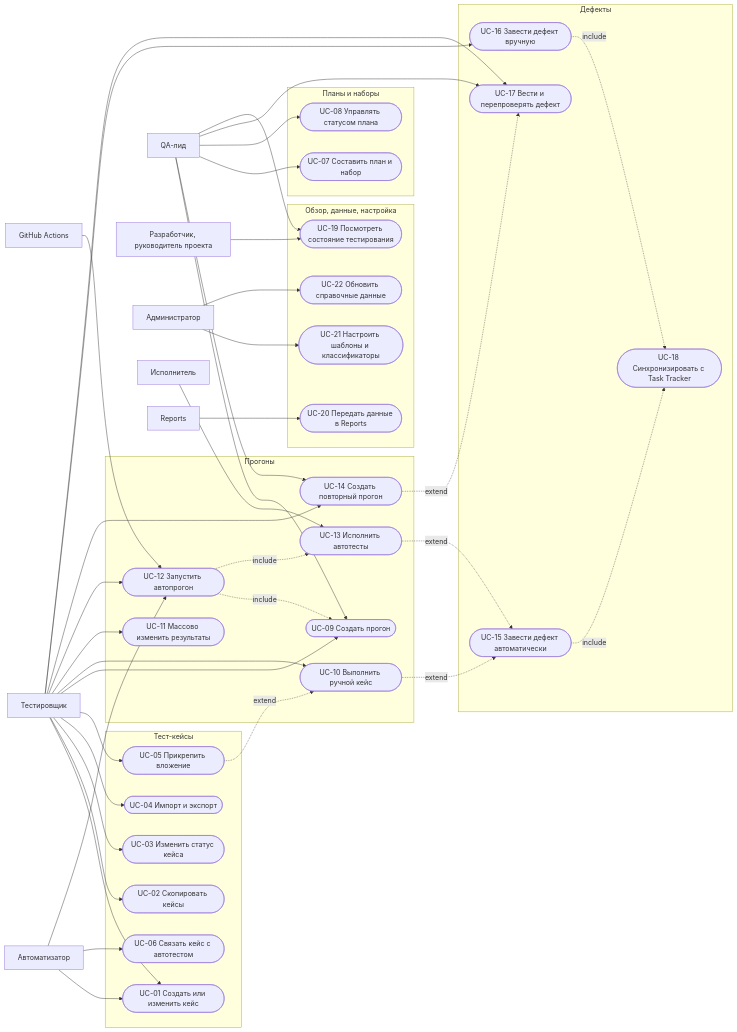
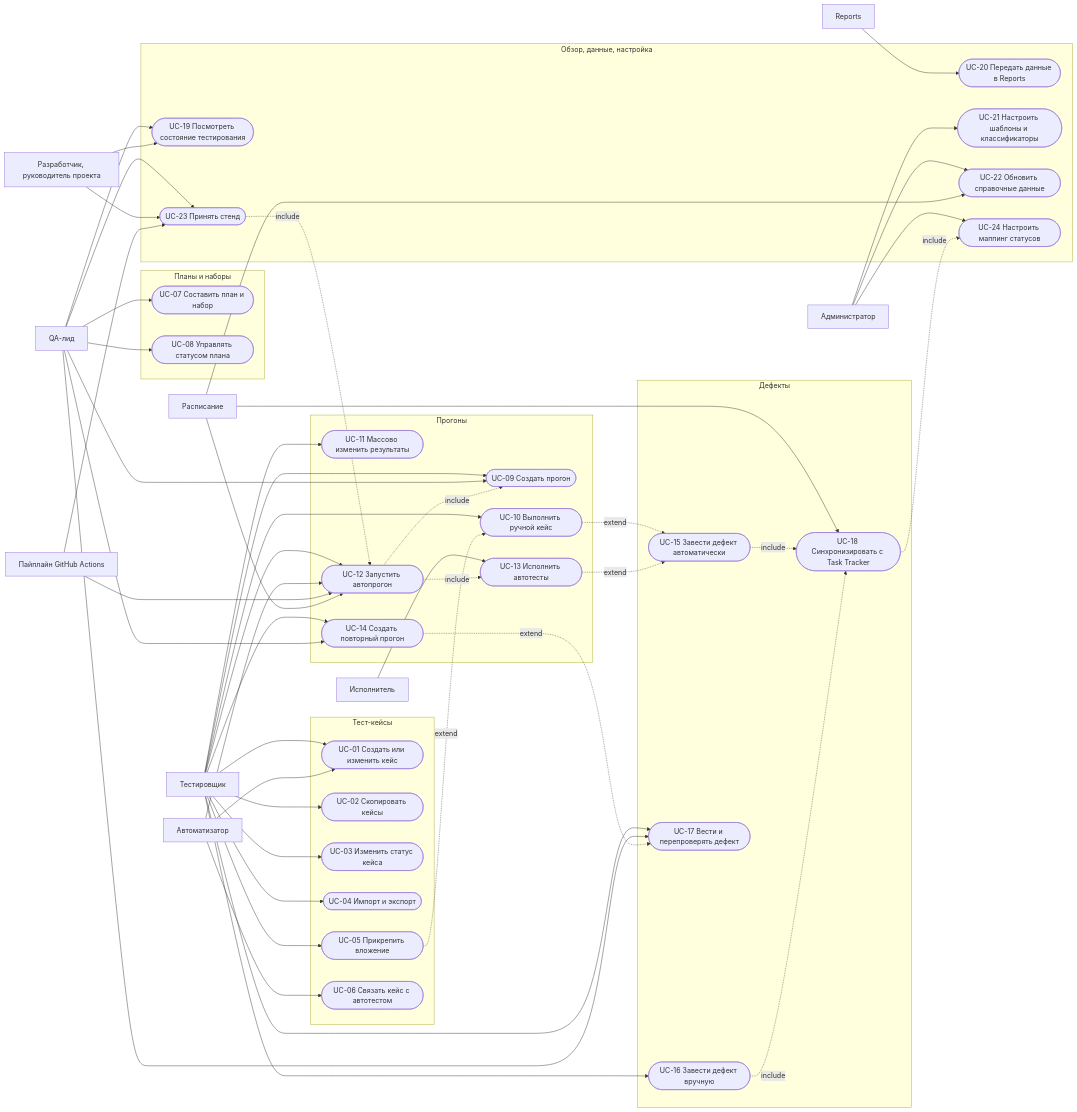
One commit to MEPhI-C22-501/arch-info-system-monorepo changed the diagram in qa/docs/060.use-cases.md. Above: the diagram before and after it, drawn with Mermaid. The commit also changed other lines of this file and 36 other files, not shown here.

````diff
--- a/qa/docs/060.use-cases.md
+++ b/qa/docs/060.use-cases.md
@@ -9,63 +9,69 @@
 ```mermaid
 flowchart LR
     TS["Тестировщик"]
     AU["Автоматизатор"]
     QL["QA-лид"]
     VW["Разработчик, руководитель проекта"]
     AD["Администратор"]
-    CI["GitHub Actions"]
+    CI["Пайплайн GitHub Actions"]
+    SCH["Расписание"]
     EX["Исполнитель"]
     REP["Reports"]
 
     subgraph Cases["Тест-кейсы"]
         UC01(["UC-01 Создать или изменить кейс"])
         UC02(["UC-02 Скопировать кейсы"])
         UC03(["UC-03 Изменить статус кейса"])
         UC04(["UC-04 Импорт и экспорт"])
         UC05(["UC-05 Прикрепить вложение"])
         UC06(["UC-06 Связать кейс с автотестом"])
     end
     subgraph Plans["Планы и наборы"]
         UC07(["UC-07 Составить план и набор"])
         UC08(["UC-08 Управлять статусом плана"])
     end
     subgraph Runs["Прогоны"]
         UC09(["UC-09 Создать прогон"])
         UC10(["UC-10 Выполнить ручной кейс"])
         UC11(["UC-11 Массово изменить результаты"])
         UC12(["UC-12 Запустить автопрогон"])
         UC13(["UC-13 Исполнить автотесты"])
         UC14(["UC-14 Создать повторный прогон"])
     end
     subgraph Defects["Дефекты"]
         UC15(["UC-15 Завести дефект автоматически"])
         UC16(["UC-16 Завести дефект вручную"])
         UC17(["UC-17 Вести и перепроверять дефект"])
         UC18(["UC-18 Синхронизировать с Task Tracker"])
     end
     subgraph Other["Обзор, данные, настройка"]
         UC19(["UC-19 Посмотреть состояние тестирования"])
         UC20(["UC-20 Передать данные в Reports"])
         UC21(["UC-21 Настроить шаблоны и классификаторы"])
         UC22(["UC-22 Обновить справочные данные"])
+        UC23(["UC-23 Принять стенд"])
+        UC24(["UC-24 Настроить маппинг статусов"])
     end
 
     TS --> UC01 & UC02 & UC03 & UC04 & UC05
     TS --> UC09 & UC10 & UC11 & UC12 & UC14 & UC16 & UC17
     AU --> UC01 & UC06 & UC12
-    QL --> UC07 & UC08 & UC09 & UC14 & UC17 & UC19
-    VW --> UC19
-    AD --> UC21 & UC22
-    CI --> UC12
+    QL --> UC07 & UC08 & UC09 & UC14 & UC17 & UC19 & UC23
+    VW --> UC19 & UC23
+    AD --> UC21 & UC22 & UC24
+    CI --> UC12 & UC23
+    SCH --> UC12 & UC18 & UC22
     EX --> UC13
     REP --> UC20
 
     UC12 -.->|include| UC09
     UC12 -.->|include| UC13
     UC10 -.->|extend| UC15
     UC13 -.->|extend| UC15
     UC15 -.->|include| UC18
     UC16 -.->|include| UC18
     UC14 -.->|extend| UC17
     UC05 -.->|extend| UC10
+    UC23 -.->|include| UC12
+    UC18 -.->|include| UC24
 ```
````
